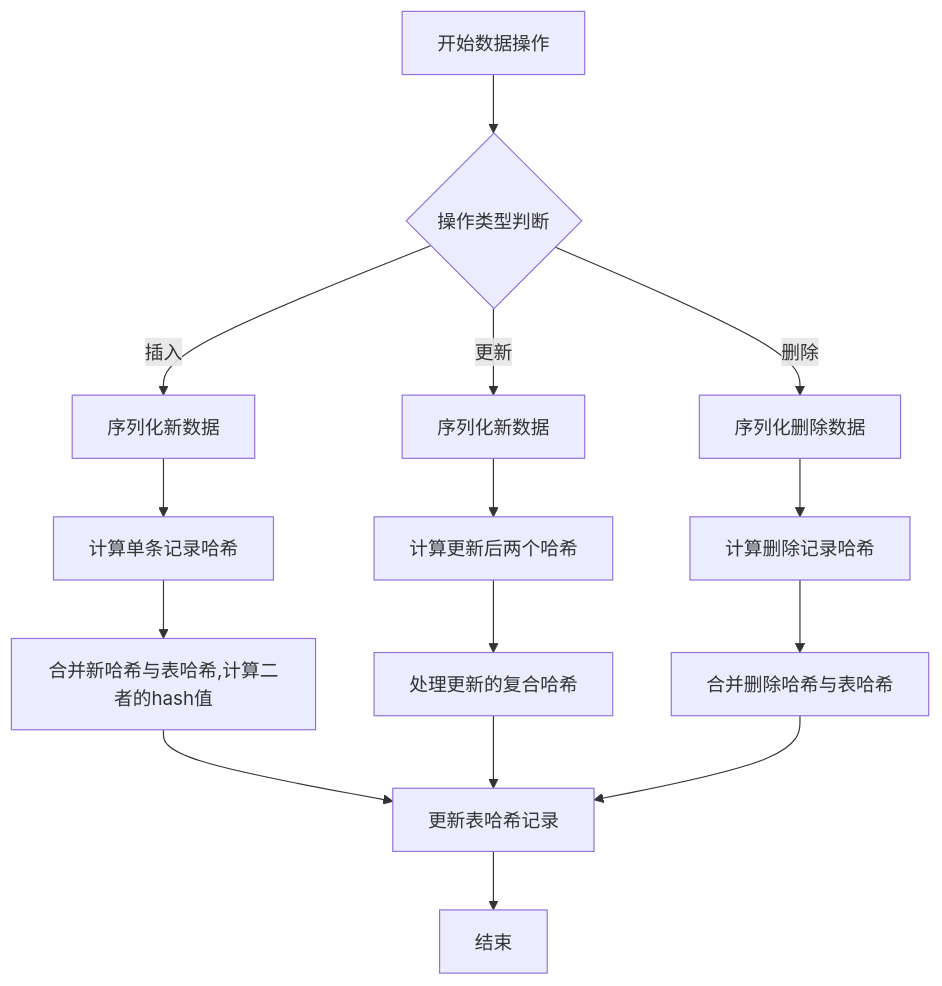
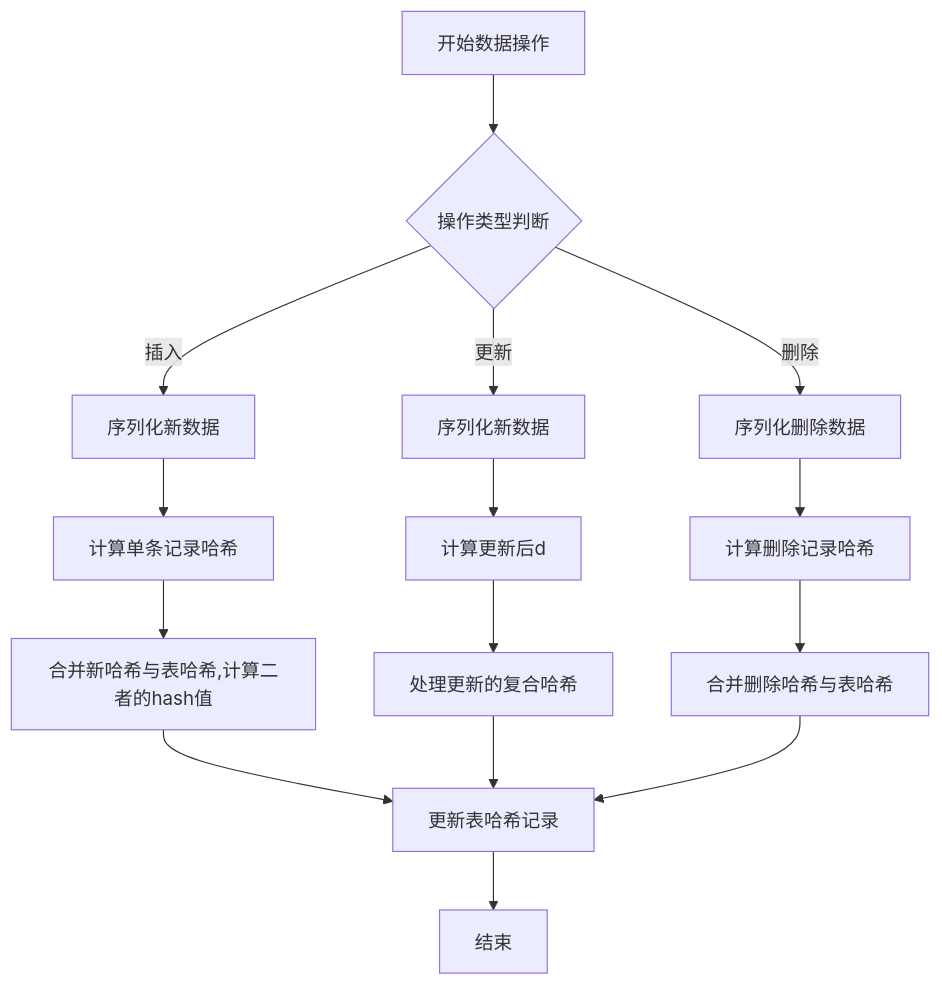
The diagram in all/未命名-63.md (yingjianzh/iodraw-files), drawn with Mermaid before and after one commit.

Commit message:
2025-05-19 15:01:36 update

````diff
--- a/all/未命名-63.md
+++ b/all/未命名-63.md
@@ -1,21 +1,21 @@
 ```mermaid
 flowchart TD
     A[开始数据操作] --> B{操作类型判断}
     B -->|插入| C[序列化新数据]
     B -->|更新| D[序列化新数据]
     B -->|删除| E[序列化删除数据]
     
     C --> F[计算单条记录哈希]
-    D --> G[计算更新后两个哈希]
+    D --> G[计算更新后d]
     E --> H[计算删除记录哈希]
     
     F --> I[合并新哈希与表哈希,计算二者的hash值]
     G --> J[处理更新的复合哈希]
     H --> K[合并删除哈希与表哈希]
     
     I --> L[更新表哈希记录]
     J --> L
     K --> L
     
     L --> M[结束]
 ```
````
